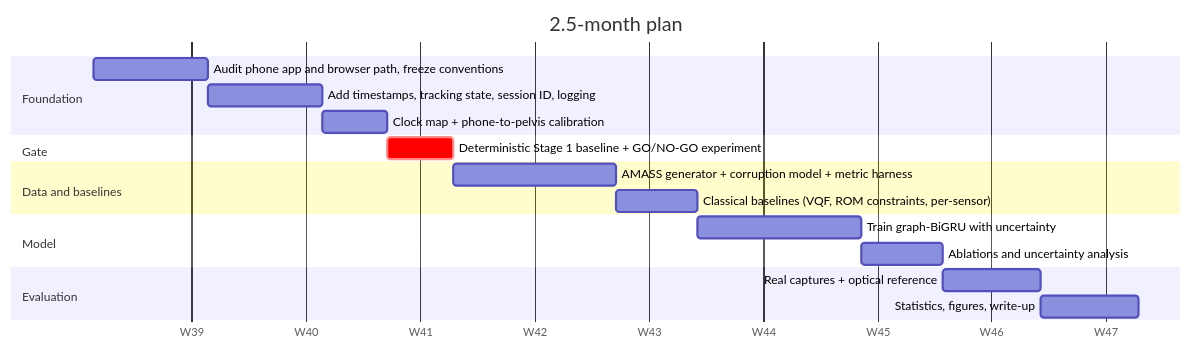
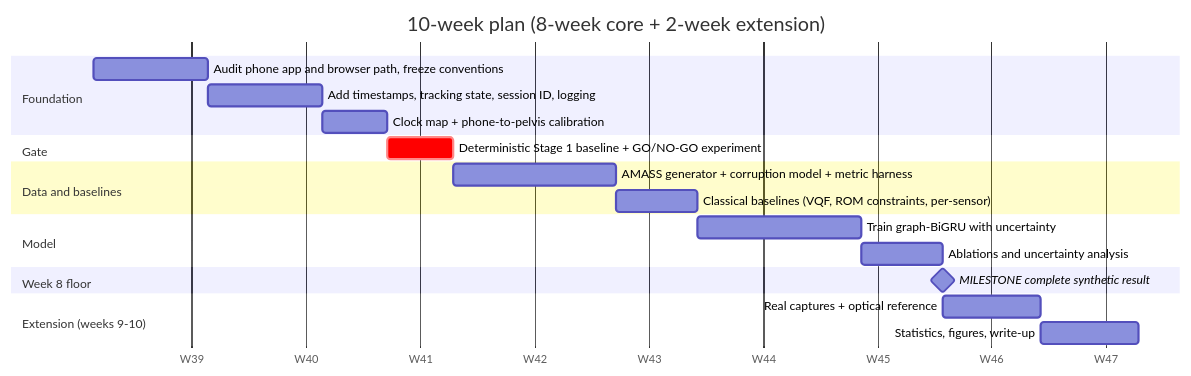
One commit to Danyal-0-1/mesquite-mocap changed the third of 3 diagrams in ML_PROJECT_PROPOSAL.md. Above: the diagram before and after it, drawn with Mermaid. The commit also changed other lines of this file, not shown here.

First line of the commit message:
Restructure the timeline around the 8-week minimum

````diff
--- a/ML_PROJECT_PROPOSAL.md
+++ b/ML_PROJECT_PROPOSAL.md
@@ -301,26 +306,29 @@
 ```mermaid
 gantt
     dateFormat  YYYY-MM-DD
     axisFormat  W%W
-    title 2.5-month plan
+    title 10-week plan (8-week core + 2-week extension)
 
     section Foundation
     Audit phone app and browser path, freeze conventions   :a1, 2026-09-28, 7d
     Add timestamps, tracking state, session ID, logging    :a2, after a1, 7d
     Clock map + phone-to-pelvis calibration                :a3, after a2, 4d
 
     section Gate
     Deterministic Stage 1 baseline + GO/NO-GO experiment   :crit, g1, after a3, 4d
 
     section Data and baselines
     AMASS generator + corruption model + metric harness    :b1, after g1, 10d
     Classical baselines (VQF, ROM constraints, per-sensor) :b2, after b1, 5d
 
     section Model
     Train graph-BiGRU with uncertainty                     :c1, after b2, 10d
     Ablations and uncertainty analysis                     :c2, after c1, 5d
 
-    section Evaluation
-    Real captures + optical reference                      :d1, after c2, 6d
+    section Week 8 floor
+    MILESTONE complete synthetic result                    :milestone, m1, after c2, 0d
+
+    section Extension (weeks 9-10)
+    Real captures + optical reference                      :d1, after m1, 6d
     Statistics, figures, write-up                          :d2, after d1, 6d
 ```
````
